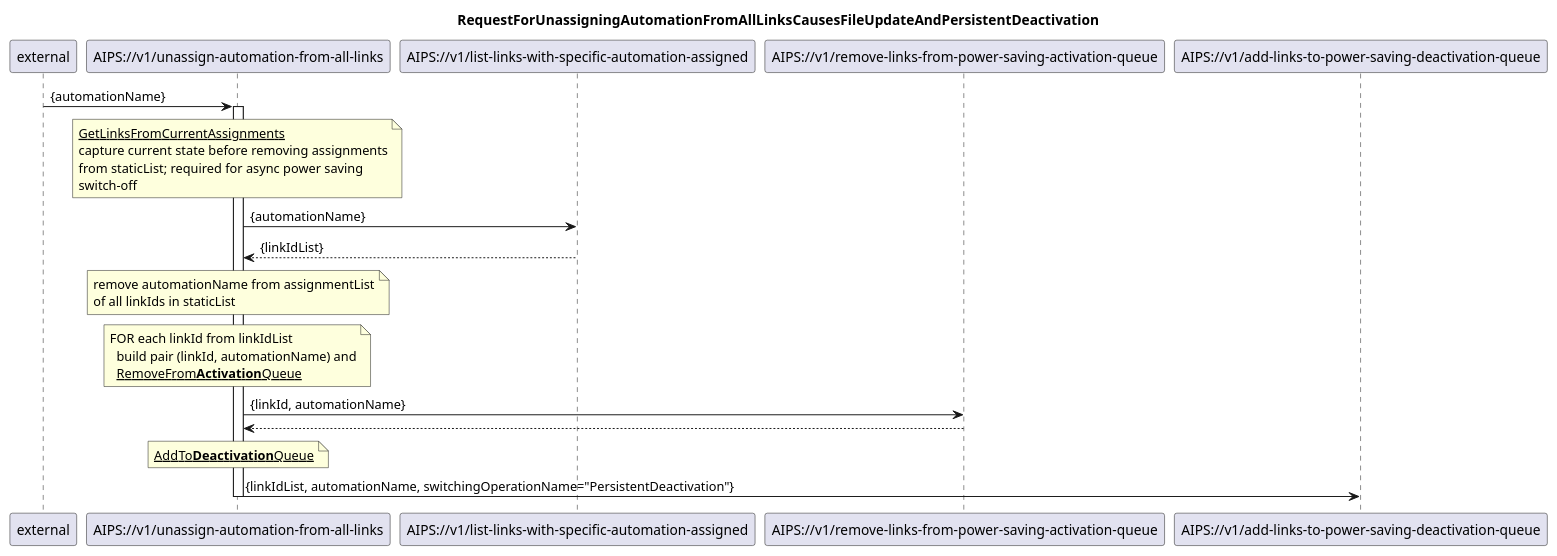
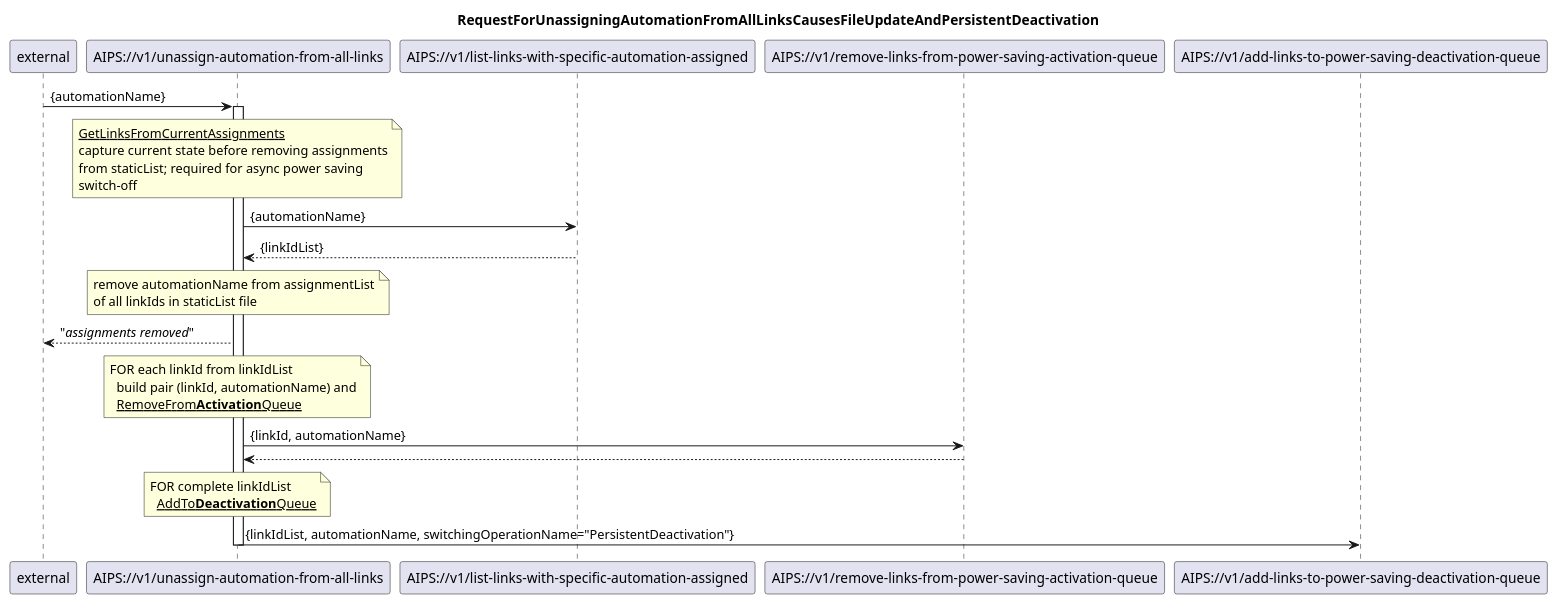
Before and after one commit to kmohr-soprasteria/AIPS_wip: the diagram in diagrams/01 Automation management/105_unassignAutomationFromAllLinks.plantuml, drawn with PlantUML. The commit also changed 13 other files, not shown here.

Commit message:
modul 01 diagrams

```diff
--- a/diagrams/01 Automation management/105_unassignAutomationFromAllLinks.plantuml
+++ b/diagrams/01 Automation management/105_unassignAutomationFromAllLinks.plantuml
@@ -1,51 +1,53 @@
 @startuml 105_unassignAutomationFromAllLinks
 skinparam responseMessageBelowArrow true
 
 title
 RequestForUnassigningAutomationFromAllLinksCausesFileUpdateAndPersistentDeactivation
 end title
 
 participant "external" as requestor
 participant "AIPS://v1/unassign-automation-from-all-links" as unassignAutomation
 participant "AIPS://v1/list-links-with-specific-automation-assigned" as listLinks
 participant "AIPS://v1/remove-links-from-power-saving-activation-queue" as stopSimpleActivation
 participant "AIPS://v1/add-links-to-power-saving-deactivation-queue" as startPersistentDeactivation
 
 
 requestor -> unassignAutomation: {automationName}
 activate unassignAutomation
 
 'get current assignments from staticList
 note over unassignAutomation
   <u>GetLinksFromCurrentAssignments</u>
   capture current state before removing assignments
   from staticList; required for async power saving
   switch-off
 end note
 unassignAutomation -> listLinks: {automationName}
 listLinks --> unassignAutomation: {linkIdList}
 
 'update staticList by removing automationName assignment for all links
 note over unassignAutomation
   remove automationName from assignmentList
-  of all linkIds in staticList
+  of all linkIds in staticList file
 end note
+unassignAutomation --> requestor: "<i>assignments removed</i>"
 
 'stop ongoing/planned power saving
 note over unassignAutomation
   FOR each linkId from linkIdList
     build pair (linkId, automationName) and
     <u>RemoveFrom<b>Activation</b>Queue</u>
 end note
 unassignAutomation -> stopSimpleActivation: {linkId, automationName}
 stopSimpleActivation --> unassignAutomation
 
 'initiate persistentDeactivation to turn power saving off
 note over unassignAutomation
-  <u>AddTo<b>Deactivation</b>Queue</u>
+  FOR complete linkIdList
+    <u>AddTo<b>Deactivation</b>Queue</u>
 end note
 unassignAutomation -> startPersistentDeactivation: {linkIdList, automationName, switchingOperationName="PersistentDeactivation"}
 
 deactivate unassignAutomation
 
 @enduml
```
